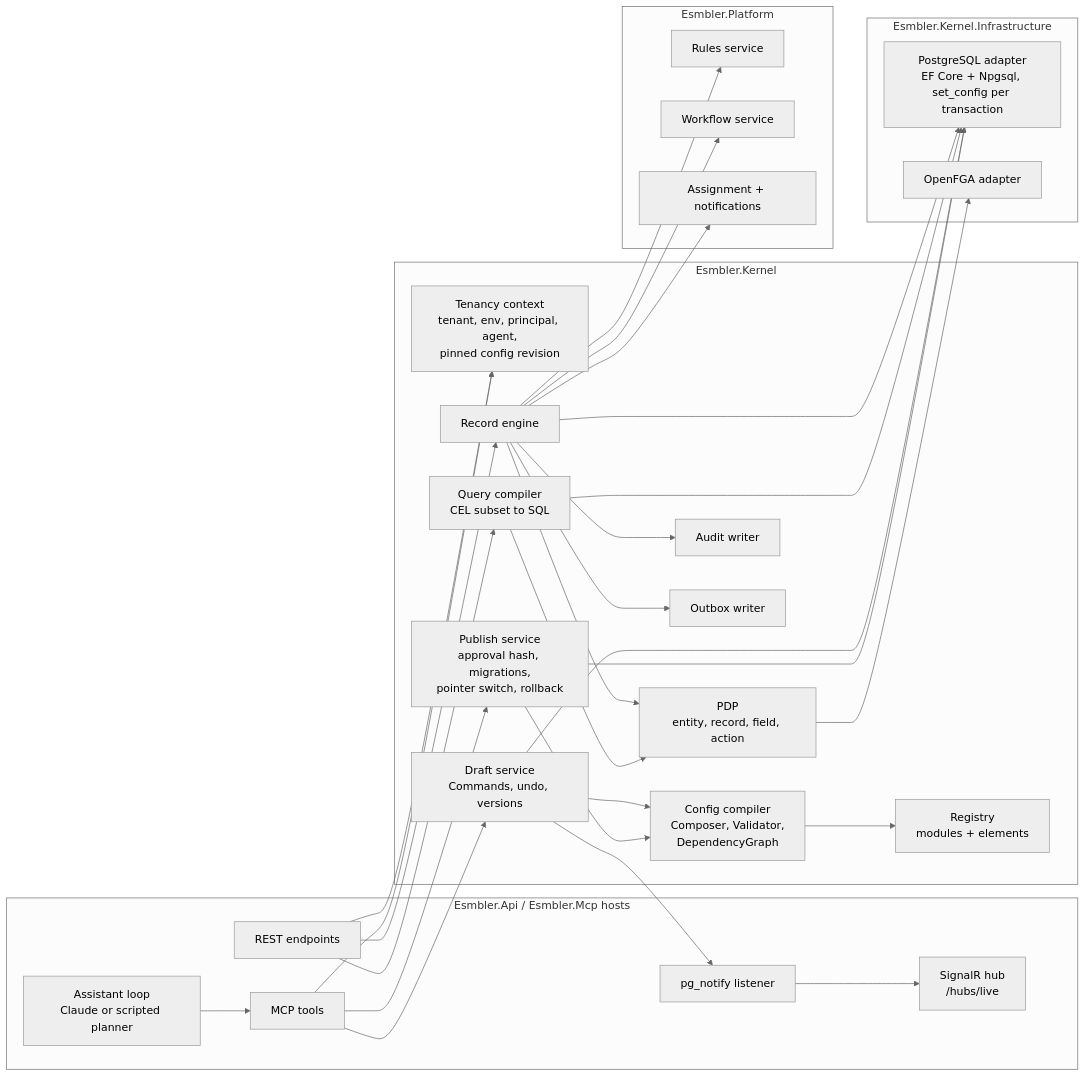
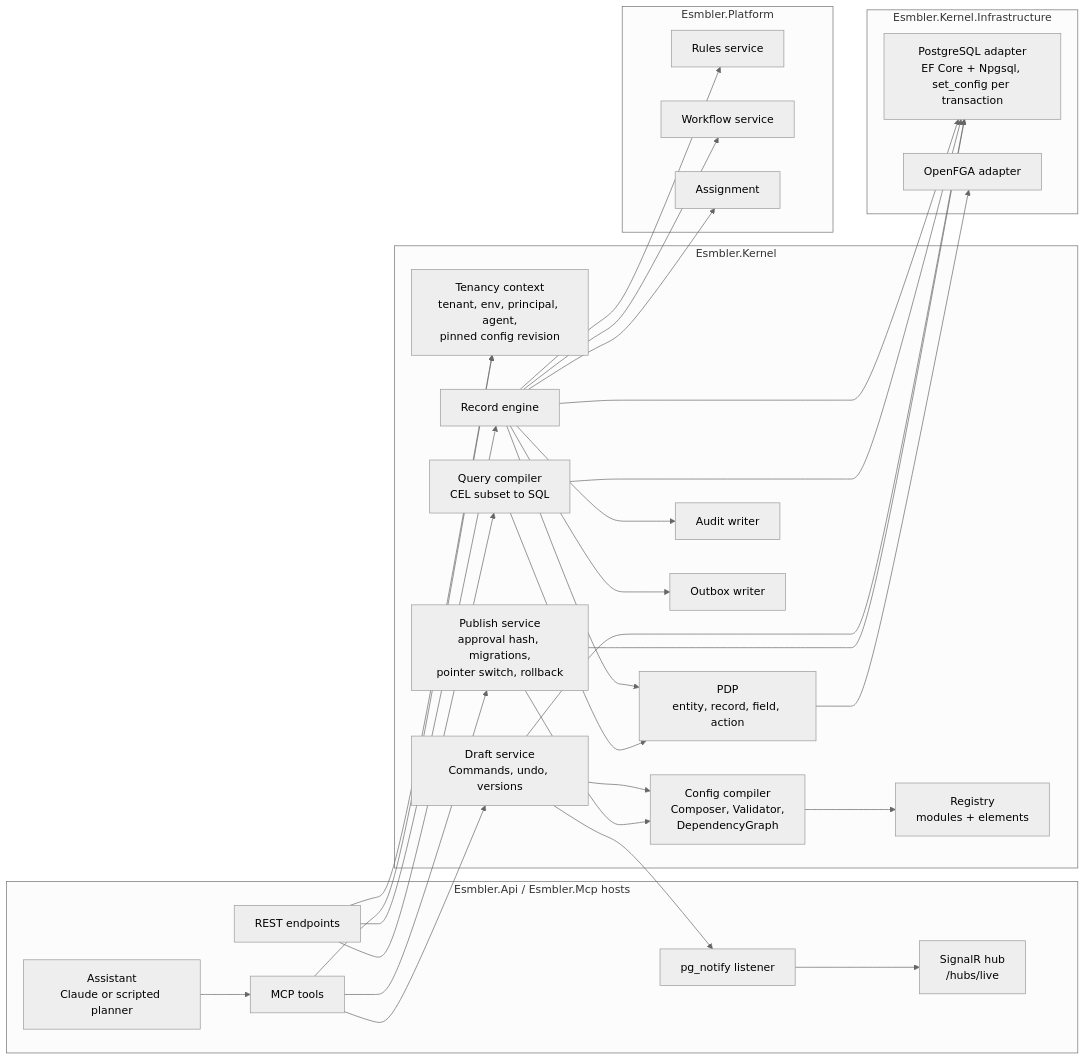
The third of 7 diagrams in docs/architecture/overview.md (DeadEndGG/esmbler), drawn with Mermaid (neutral theme) before and after one commit. The commit also changed other lines of this file and 35 other files, not shown here.

````diff
--- a/docs/architecture/overview.md
+++ b/docs/architecture/overview.md
@@ -119,56 +119,56 @@
 ```mermaid
 flowchart LR
     subgraph host[Esmbler.Api / Esmbler.Mcp hosts]
         rest[REST endpoints]
         hub[SignalR hub<br/>/hubs/live]
-        loop[Assistant loop<br/>Claude or scripted planner]
+        loop[Assistant<br/>Claude or scripted planner]
         tools[MCP tools]
         listen[pg_notify listener]
     end
     subgraph kernel[Esmbler.Kernel]
         ctx[Tenancy context<br/>tenant, env, principal, agent,<br/>pinned config revision]
         pdp[PDP<br/>entity, record, field, action]
         rec[Record engine]
         qc[Query compiler<br/>CEL subset to SQL]
         draft[Draft service<br/>Commands, undo, versions]
         cc[Config compiler<br/>Composer, Validator,<br/>DependencyGraph]
         pub[Publish service<br/>approval hash, migrations,<br/>pointer switch, rollback]
         audit[Audit writer]
         outbox[Outbox writer]
         reg[Registry<br/>modules + elements]
     end
     subgraph platform[Esmbler.Platform]
         rules[Rules service]
         wf[Workflow service]
-        asg[Assignment + notifications]
+        asg[Assignment]
     end
     subgraph infra[Esmbler.Kernel.Infrastructure]
         pgad[PostgreSQL adapter<br/>EF Core + Npgsql, set_config per transaction]
         fgaad[OpenFGA adapter]
     end
 
     rest --> ctx
     tools --> ctx
     loop --> tools
     rest --> rec
     rest --> qc
     tools --> draft
     tools --> pub
     rec --> pdp
     qc --> pdp
     rec --> rules
     rec --> wf
     rec --> asg
     rec --> audit
     rec --> outbox
     draft --> cc
     pub --> cc
     cc --> reg
     draft --> listen
     listen --> hub
     pdp --> fgaad
     rec --> pgad
     qc --> pgad
     draft --> pgad
     pub --> pgad
 ```
````
